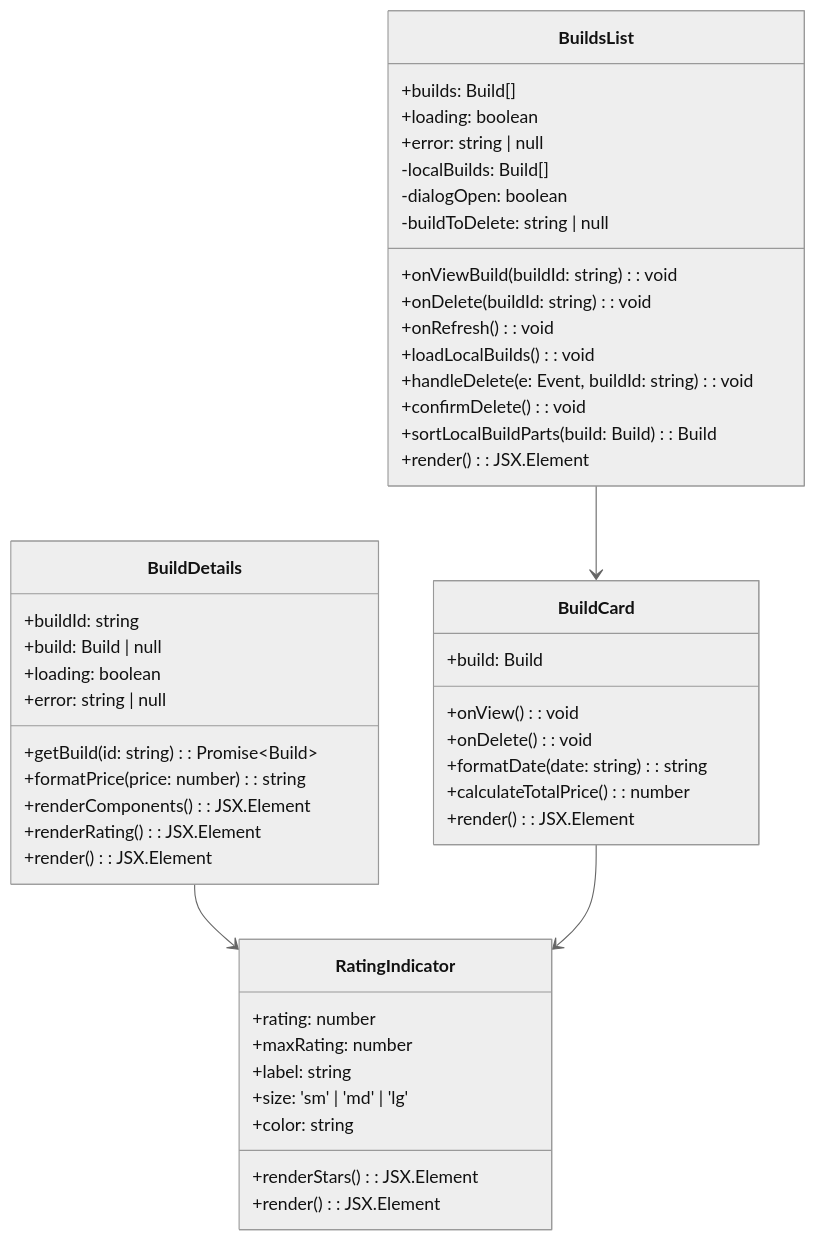
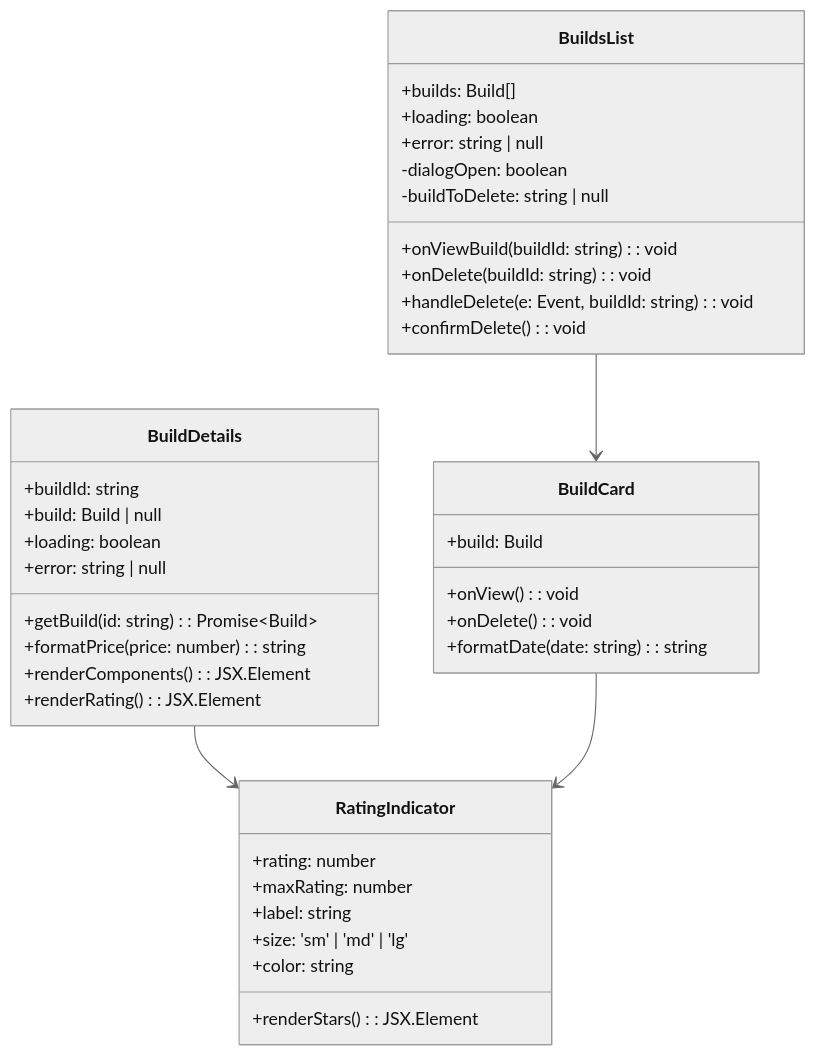
Before and after one commit to p0pular131/askspec-chat-assistant: the sixth of 20 diagrams in docs/design-specification.md, drawn with Mermaid (neutral theme). The commit also changed other lines of this file, not shown here.

````diff
--- a/docs/design-specification.md
+++ b/docs/design-specification.md
@@ -336,54 +336,45 @@
 ```mermaid
 classDiagram
     class BuildsList {
         +builds: Build[]
         +loading: boolean
         +error: string | null
         +onViewBuild(buildId: string): void
         +onDelete(buildId: string): void
-        +onRefresh(): void
-        -localBuilds: Build[]
         -dialogOpen: boolean
         -buildToDelete: string | null
-        +loadLocalBuilds(): void
         +handleDelete(e: Event, buildId: string): void
         +confirmDelete(): void
-        +sortLocalBuildParts(build: Build): Build
-        +render(): JSX.Element
     }
 
     class BuildDetails {
         +buildId: string
         +build: Build | null
         +loading: boolean
         +error: string | null
         +getBuild(id: string): Promise~Build~
         +formatPrice(price: number): string
         +renderComponents(): JSX.Element
         +renderRating(): JSX.Element
-        +render(): JSX.Element
     }
 
     class BuildCard {
         +build: Build
         +onView(): void
         +onDelete(): void
         +formatDate(date: string): string
-        +calculateTotalPrice(): number
-        +render(): JSX.Element
     }
 
     class RatingIndicator {
         +rating: number
         +maxRating: number
         +label: string
         +size: 'sm' | 'md' | 'lg'
         +color: string
         +renderStars(): JSX.Element
-        +render(): JSX.Element
     }
 
     BuildsList --> BuildCard
     BuildDetails --> RatingIndicator
     BuildCard --> RatingIndicator
 ```
````
